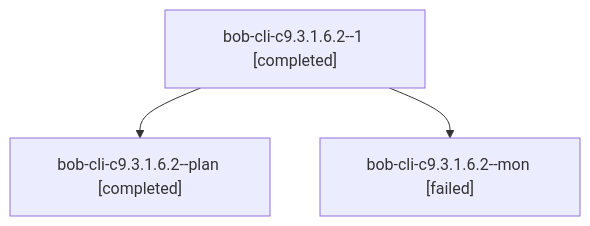
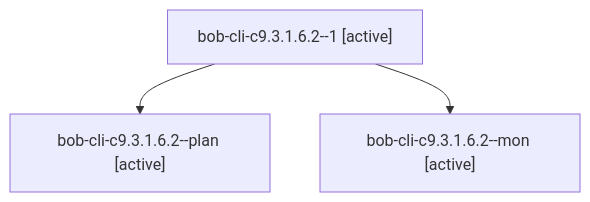
The diagram in sessions/bbugyi200.athena.bob-cli-c9.3.1.6.2.md (bobs-org/bob-cli--agents), drawn with Mermaid before and after one commit. The commit also changed other lines of this file and 107 other files, not shown here.

````diff
--- a/sessions/bbugyi200.athena.bob-cli-c9.3.1.6.2.md
+++ b/sessions/bbugyi200.athena.bob-cli-c9.3.1.6.2.md
@@ -9,8 +9,8 @@
 ```mermaid
 flowchart TD
-  n0["bob-cli-c9.3.1.6.2--1 [completed]"]
-  n1["bob-cli-c9.3.1.6.2--plan [completed]"]
+  n0["bob-cli-c9.3.1.6.2--1 [active]"]
+  n1["bob-cli-c9.3.1.6.2--plan [active]"]
   n0 --> n1
-  n2["bob-cli-c9.3.1.6.2--mon [failed]"]
+  n2["bob-cli-c9.3.1.6.2--mon [active]"]
   n0 --> n2
 ```
````
